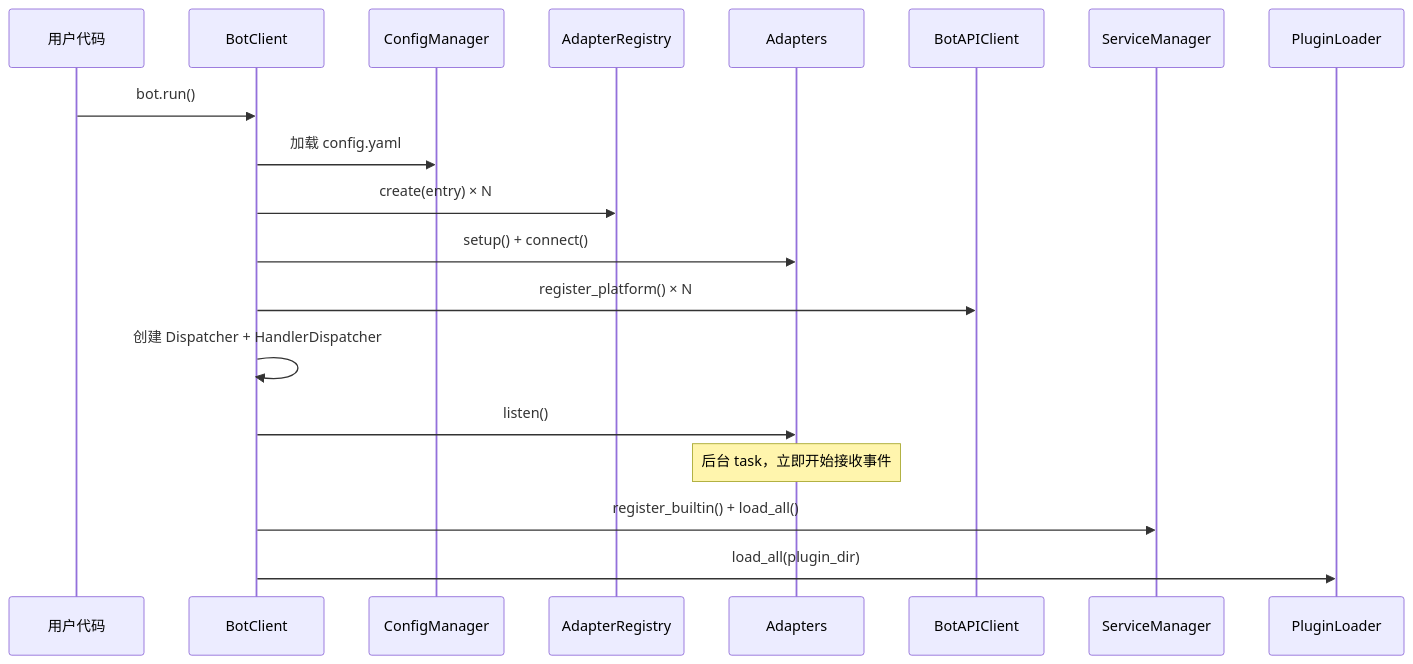
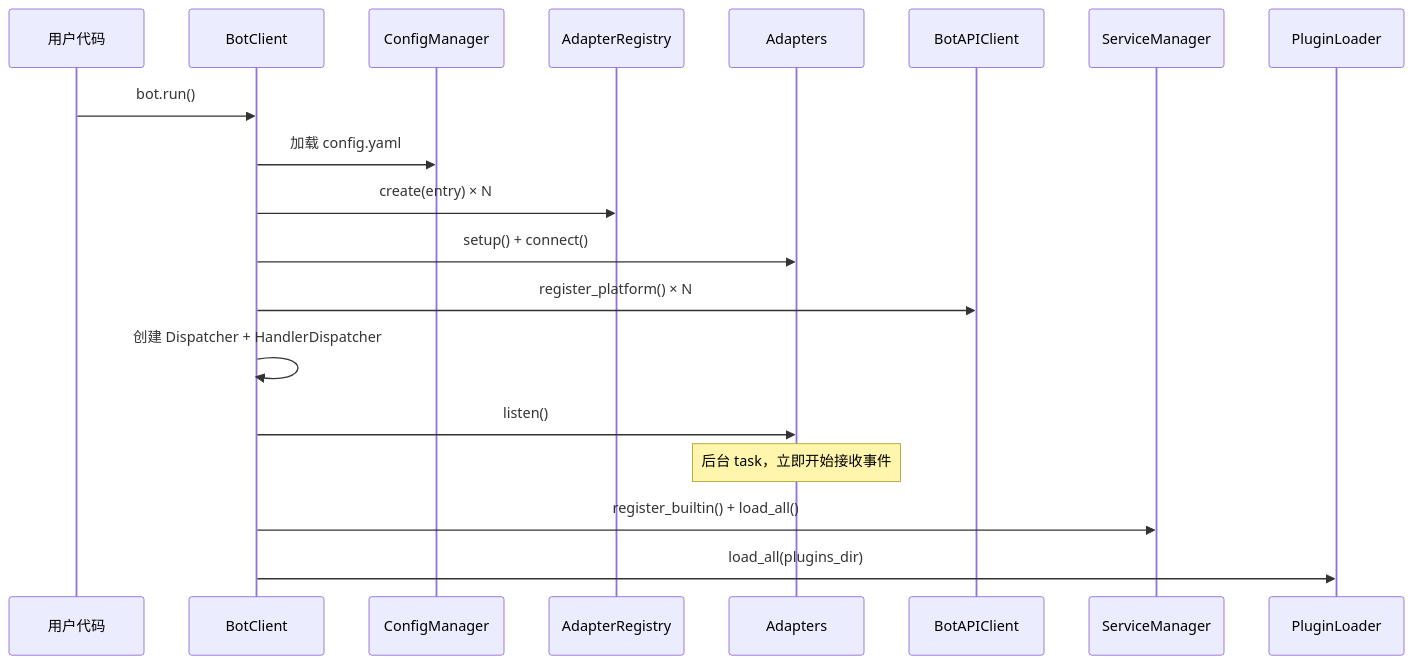
One commit to huan-yp/NcatBotDocs changed the fourth of 8 diagrams in docs/notes/guide/11. 架构与概念/4. 框架组件与生命周期.md. Above: the diagram before and after it, drawn with Mermaid. The commit also changed other lines of this file and 18 other files, not shown here.

````diff
--- a/docs/notes/guide/11. 架构与概念/4. 框架组件与生命周期.md
+++ b/docs/notes/guide/11. 架构与概念/4. 框架组件与生命周期.md
@@ -218,22 +218,22 @@
 ```mermaid
 sequenceDiagram
     participant User as 用户代码
     participant Client as BotClient
     participant Config as ConfigManager
     participant Registry as AdapterRegistry
     participant Adapter as Adapters
     participant API as BotAPIClient
     participant Svc as ServiceManager
     participant Plug as PluginLoader
 
     User->>Client: bot.run()
     Client->>Config: 加载 config.yaml
     Client->>Registry: create(entry) × N
     Client->>Adapter: setup() + connect()
     Client->>API: register_platform() × N
     Client->>Client: 创建 Dispatcher + HandlerDispatcher
     Client->>Adapter: listen()
     Note over Adapter: 后台 task，立即开始接收事件
     Client->>Svc: register_builtin() + load_all()
-    Client->>Plug: load_all(plugin_dir)
+    Client->>Plug: load_all(plugins_dir)
 ```
````
